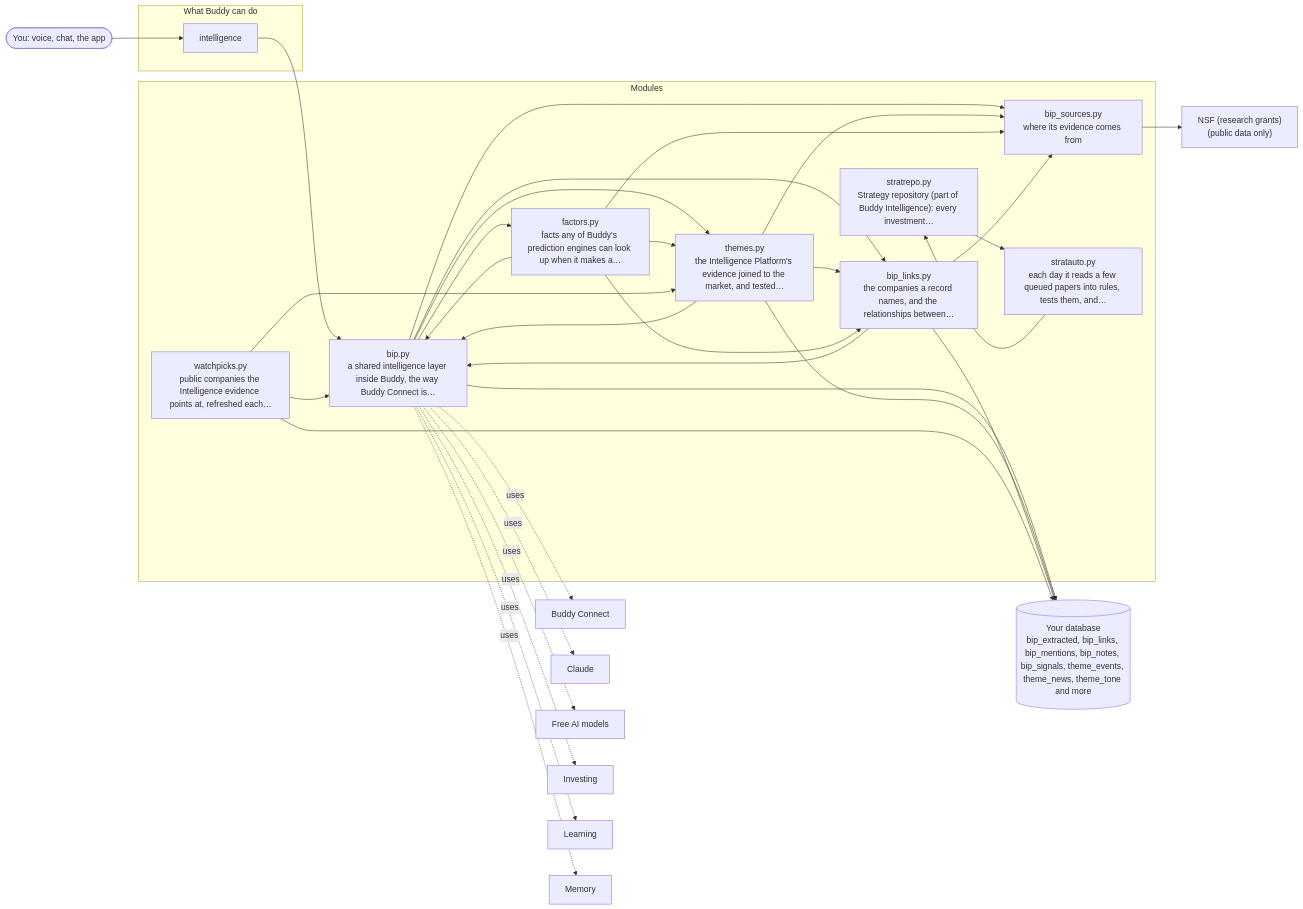
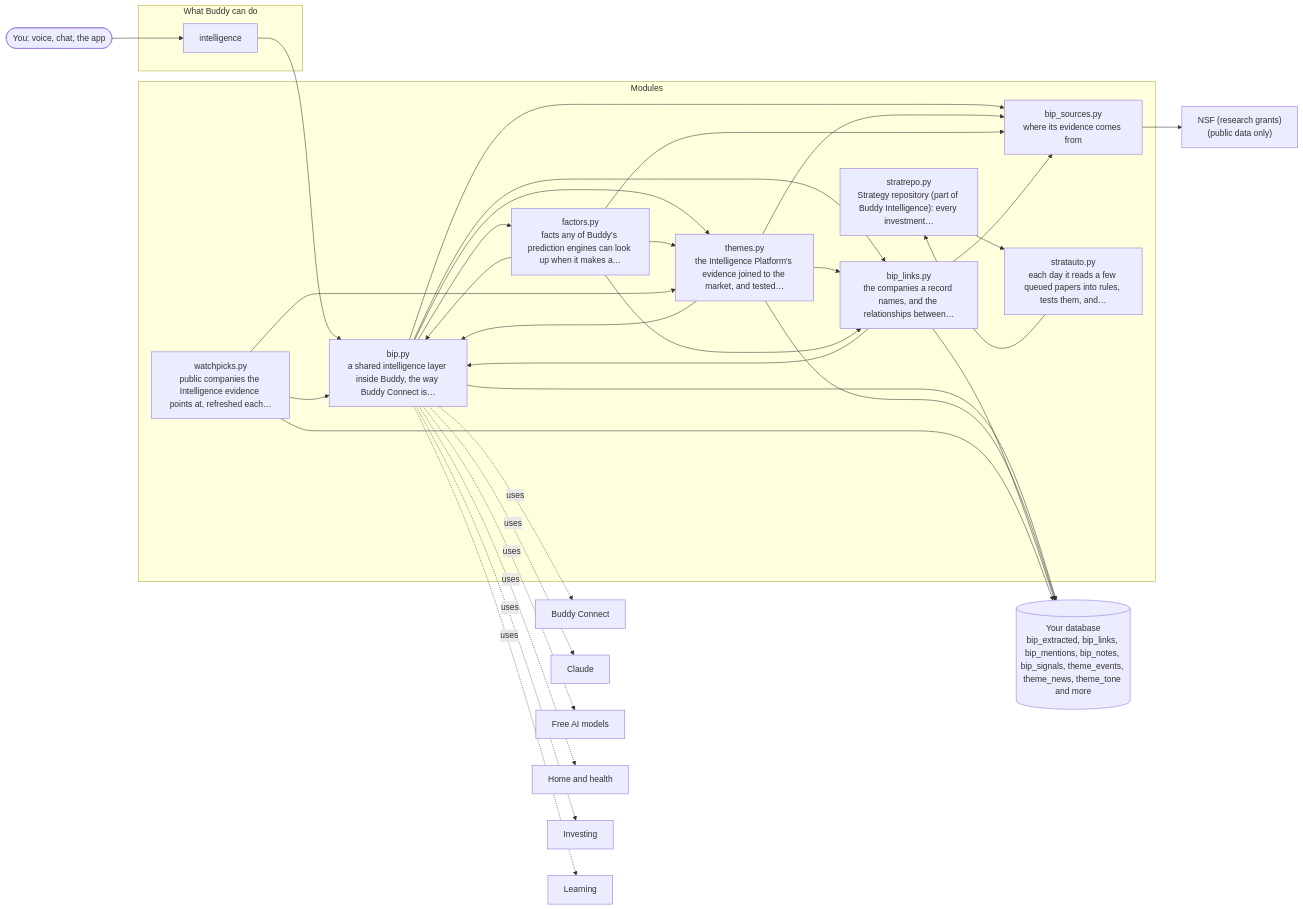
One commit to aneesh304810/BuddyAgent changed the diagram in docs/architecture/20-buddy-intelligence-platform.md. Above: the diagram before and after it, drawn with Mermaid. The commit also changed other lines of this file and 25 other files, not shown here.

````diff
--- a/docs/architecture/20-buddy-intelligence-platform.md
+++ b/docs/architecture/20-buddy-intelligence-platform.md
@@ -7,55 +7,55 @@
 ```mermaid
 flowchart LR
     you(["You: voice, chat, the app"])
     subgraph Tools["What Buddy can do"]
         t_intelligence["intelligence"]
     end
     subgraph Modules["Modules"]
         bip_py["bip.py<br/>a shared intelligence layer inside Buddy, the way Buddy Connect is…"]
         bip_sources_py["bip_sources.py<br/>where its evidence comes from"]
         themes_py["themes.py<br/>the Intelligence Platform's evidence joined to the market, and tested…"]
         factors_py["factors.py<br/>facts any of Buddy's prediction engines can look up when it makes a…"]
         bip_links_py["bip_links.py<br/>the companies a record names, and the relationships between…"]
         watchpicks_py["watchpicks.py<br/>public companies the Intelligence evidence points at, refreshed each…"]
         stratrepo_py["stratrepo.py<br/>Strategy repository (part of Buddy Intelligence): every investment…"]
         stratauto_py["stratauto.py<br/>each day it reads a few queued papers into rules, tests them, and…"]
     end
     you --> t_intelligence
     t_intelligence --> bip_py
     bip_py --> bip_links_py
     bip_py --> bip_sources_py
     bip_py --> factors_py
     bip_py --> themes_py
     themes_py --> bip_py
     themes_py --> bip_links_py
     themes_py --> bip_sources_py
     factors_py --> bip_py
     factors_py --> bip_links_py
     factors_py --> bip_sources_py
     factors_py --> themes_py
     bip_links_py --> bip_py
     bip_links_py --> bip_sources_py
     watchpicks_py --> bip_py
     watchpicks_py --> themes_py
     stratrepo_py --> stratauto_py
     stratauto_py --> stratrepo_py
     db[("Your database<br/>bip_extracted, bip_links, bip_mentions, bip_notes, bip_signals, theme_events, theme_news, theme_tone and more")]
     bip_py --> db
     themes_py --> db
     bip_links_py --> db
     watchpicks_py --> db
     s_nsf["NSF (research grants)<br/>(public data only)"]
     bip_sources_py --> s_nsf
     o_0["Buddy Connect"]
     bip_py -. uses .-> o_0
     o_1["Claude"]
     bip_py -. uses .-> o_1
     o_2["Free AI models"]
     bip_py -. uses .-> o_2
-    o_3["Investing"]
+    o_3["Home and health"]
     bip_py -. uses .-> o_3
-    o_4["Learning"]
+    o_4["Investing"]
     bip_py -. uses .-> o_4
-    o_5["Memory"]
+    o_5["Learning"]
     bip_py -. uses .-> o_5
 ```
````
